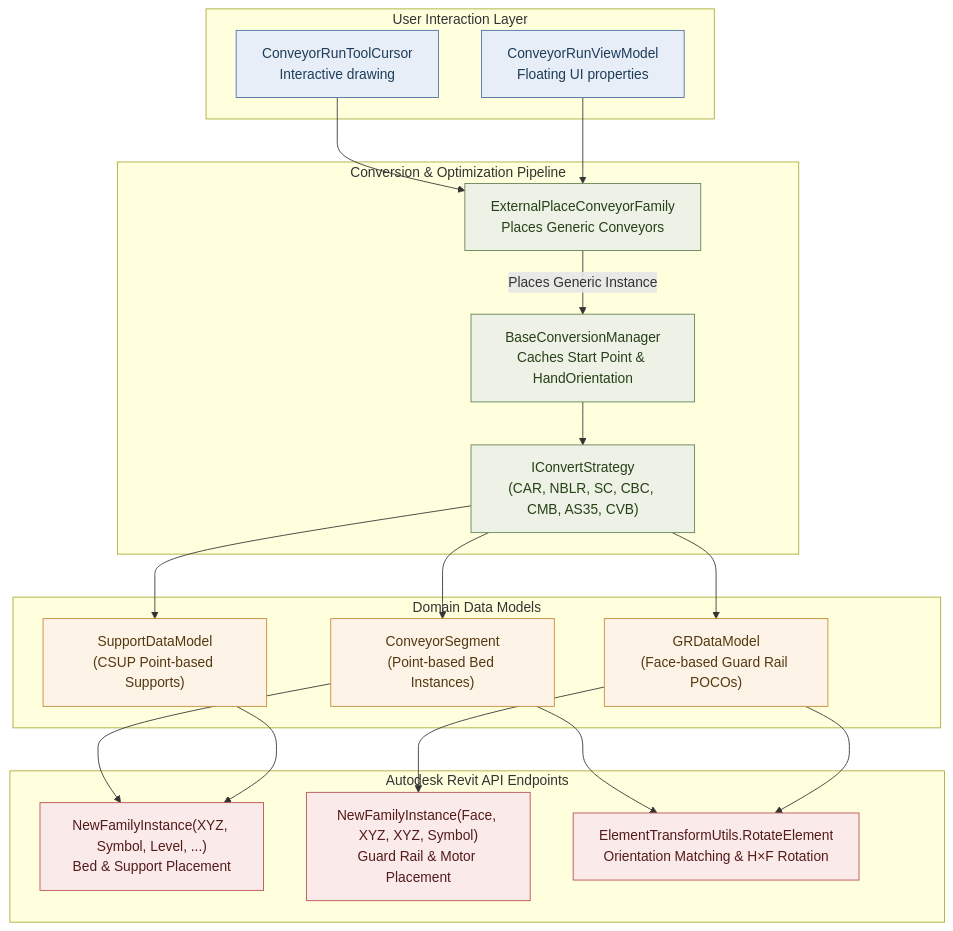
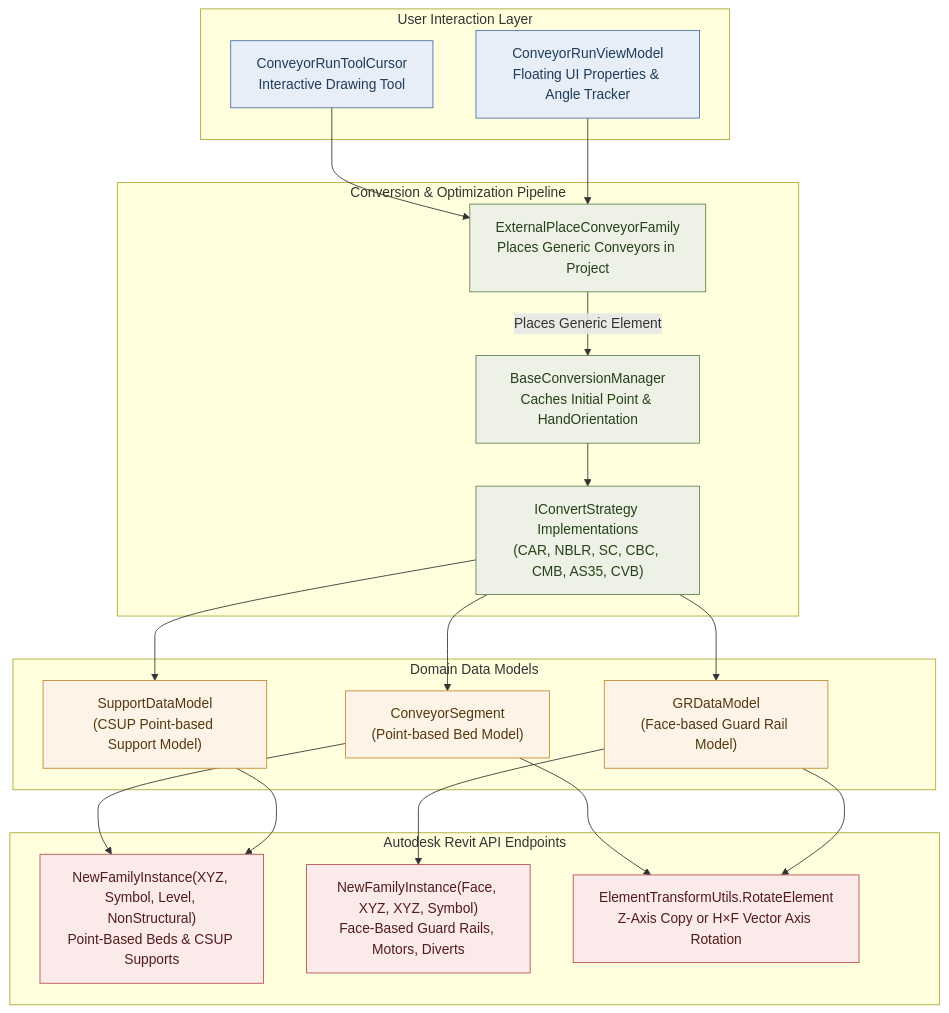
The second of 24 diagrams in RevitApiSamples/Samples/TransformModule/ProjectCases/Conveyor/ConveyorFamilyGeometry.md (Mustafa-TOMMY/CommandSamplesRevitApiVer2025), drawn with Mermaid before and after one commit. The commit also changed other lines of this file, not shown here.

Commit message:
docs(transform): enhance ConveyorFamilyGeometry.md with full diagrams while preserving 100% original text

````diff
--- a/RevitApiSamples/Samples/TransformModule/ProjectCases/Conveyor/ConveyorFamilyGeometry.md
+++ b/RevitApiSamples/Samples/TransformModule/ProjectCases/Conveyor/ConveyorFamilyGeometry.md
@@ -67,47 +65,47 @@
 ```mermaid
 flowchart TD
     subgraph UI ["User Interaction Layer"]
-        Cursor["ConveyorRunToolCursor<br/>Interactive drawing"]
-        RunVM["ConveyorRunViewModel<br/>Floating UI properties"]
+        Cursor["ConveyorRunToolCursor<br/>Interactive Drawing Tool"]
+        RunVM["ConveyorRunViewModel<br/>Floating UI Properties & Angle Tracker"]
     end
 
     subgraph Pipeline ["Conversion & Optimization Pipeline"]
-        Ext["ExternalPlaceConveyorFamily<br/>Places Generic Conveyors"]
-        BaseMgr["BaseConversionManager<br/>Caches Start Point & HandOrientation"]
-        Strategy["IConvertStrategy<br/>(CAR, NBLR, SC, CBC, CMB, AS35, CVB)"]
+        Ext["ExternalPlaceConveyorFamily<br/>Places Generic Conveyors in Project"]
+        BaseMgr["BaseConversionManager<br/>Caches Initial Point & HandOrientation"]
+        Strategy["IConvertStrategy Implementations<br/>(CAR, NBLR, SC, CBC, CMB, AS35, CVB)"]
     end
 
     subgraph DataModels ["Domain Data Models"]
-        CSeg["ConveyorSegment<br/>(Point-based Bed Instances)"]
-        GRModel["GRDataModel<br/>(Face-based Guard Rail POCOs)"]
-        SuppModel["SupportDataModel<br/>(CSUP Point-based Supports)"]
+        CSeg["ConveyorSegment<br/>(Point-based Bed Model)"]
+        GRModel["GRDataModel<br/>(Face-based Guard Rail Model)"]
+        SuppModel["SupportDataModel<br/>(CSUP Point-based Support Model)"]
     end
 
     subgraph RevitAPI ["Autodesk Revit API Endpoints"]
-        NewPt["NewFamilyInstance(XYZ, Symbol, Level, ...)<br/>Bed & Support Placement"]
-        NewFace["NewFamilyInstance(Face, XYZ, XYZ, Symbol)<br/>Guard Rail & Motor Placement"]
-        RotElem["ElementTransformUtils.RotateElement<br/>Orientation Matching & H×F Rotation"]
+        NewPt["NewFamilyInstance(XYZ, Symbol, Level, NonStructural)<br/>Point-Based Beds & CSUP Supports"]
+        NewFace["NewFamilyInstance(Face, XYZ, XYZ, Symbol)<br/>Face-Based Guard Rails, Motors, Diverts"]
+        RotElem["ElementTransformUtils.RotateElement<br/>Z-Axis Copy or H×F Vector Axis Rotation"]
     end
 
     Cursor --> Ext
     RunVM --> Ext
-    Ext -->|Places Generic Instance| BaseMgr
+    Ext -->|Places Generic Element| BaseMgr
     BaseMgr --> Strategy
     Strategy --> CSeg
     Strategy --> GRModel
     Strategy --> SuppModel
     CSeg --> NewPt
     CSeg --> RotElem
     GRModel --> NewFace
     GRModel --> RotElem
     SuppModel --> NewPt
 
     classDef ui fill:#e8eef7,stroke:#4a6fa5,color:#1e3d59;
     classDef pipe fill:#eef2e6,stroke:#608050,color:#264018;
     classDef model fill:#fdf4e7,stroke:#c48830,color:#543810;
     classDef api fill:#faeaea,stroke:#b84d4d,color:#541b1b;
     class Cursor,RunVM ui
     class Ext,BaseMgr,Strategy pipe
     class CSeg,GRModel,SuppModel model
     class NewPt,NewFace,RotElem api
 ```
````
